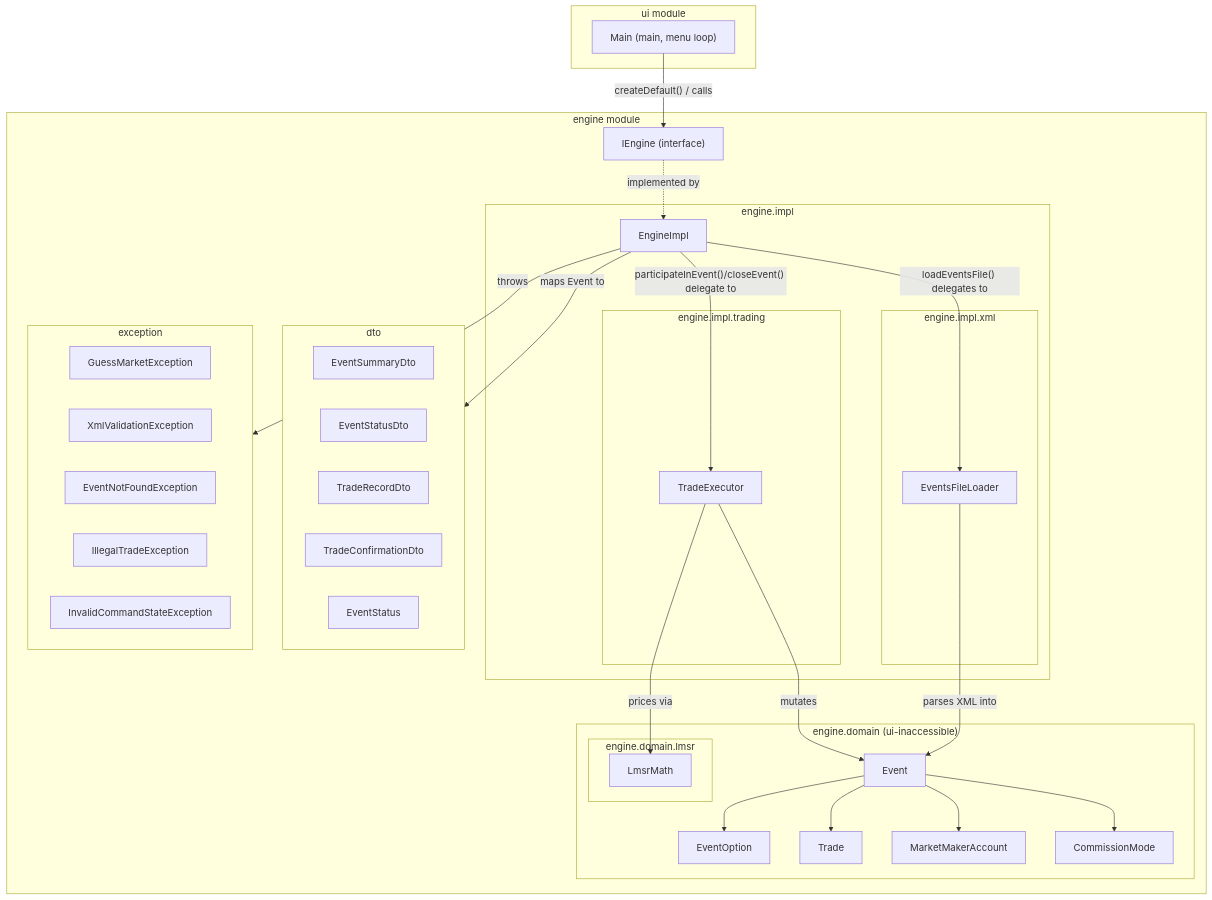
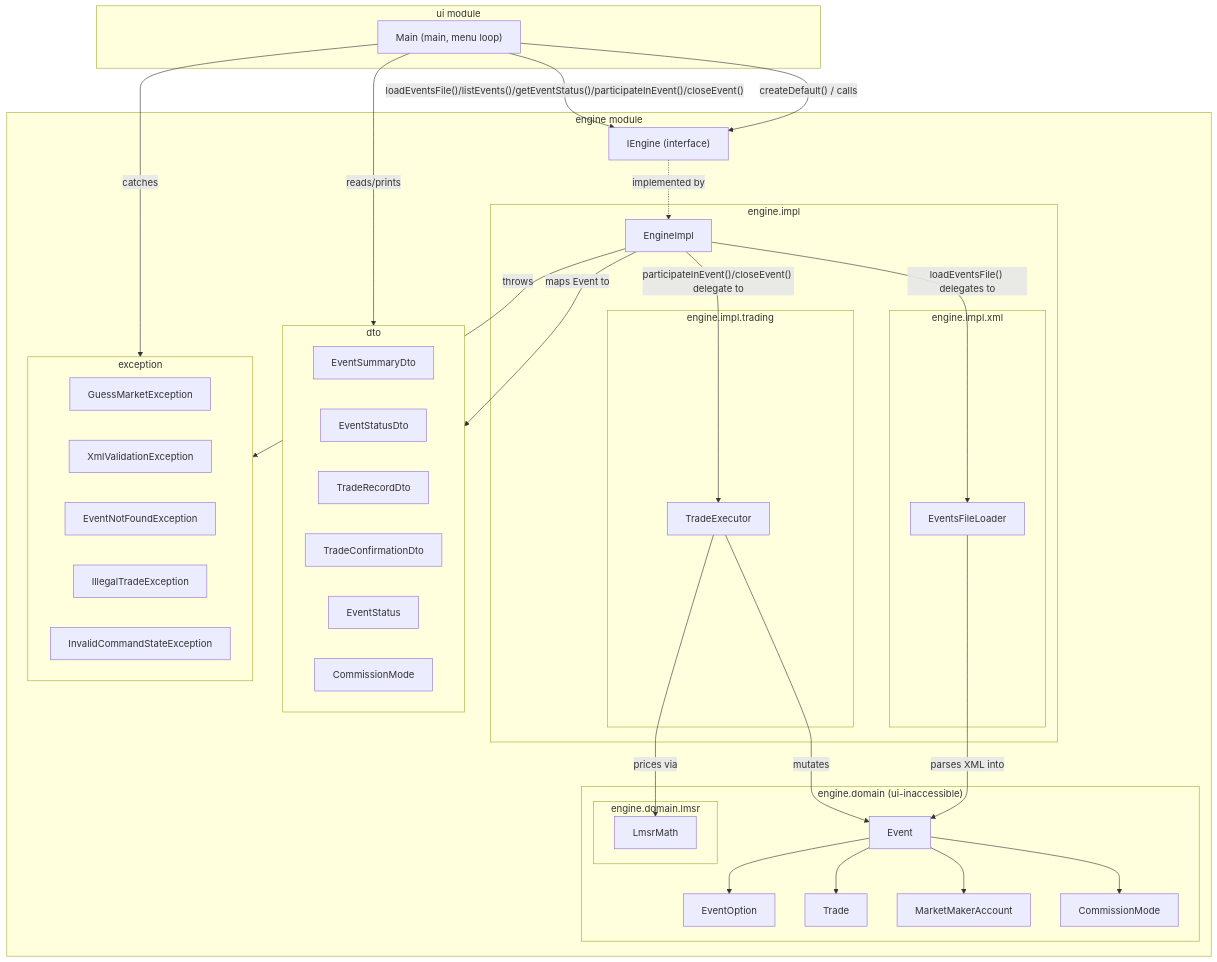
The diagram in ARCHITECTURE.md (paz-levi/GuessMarket), drawn with Mermaid before and after one commit. The commit also changed other lines of this file and 4 other files, not shown here.

````diff
--- a/ARCHITECTURE.md
+++ b/ARCHITECTURE.md
@@ -6,61 +6,65 @@
 ```mermaid
 flowchart TD
     subgraph UI["ui module"]
         Main["Main (main, menu loop)"]
     end
 
     subgraph ENGINE["engine module"]
         IEngine["IEngine (interface)"]
 
         subgraph IMPL["engine.impl"]
             EngineImpl["EngineImpl"]
             subgraph XML["engine.impl.xml"]
                 EventsFileLoader["EventsFileLoader"]
             end
             subgraph TRADING["engine.impl.trading"]
                 TradeExecutor["TradeExecutor"]
             end
         end
 
         subgraph DOMAIN["engine.domain (ui-inaccessible)"]
             Event["Event"]
             EventOption["EventOption"]
             Trade["Trade"]
             MarketMakerAccount["MarketMakerAccount"]
             CommissionMode["CommissionMode"]
             subgraph LMSR["engine.domain.lmsr"]
                 LmsrMath["LmsrMath"]
             end
         end
 
         subgraph DTO["dto"]
             EventSummaryDto["EventSummaryDto"]
             EventStatusDto["EventStatusDto"]
             TradeRecordDto["TradeRecordDto"]
             TradeConfirmationDto["TradeConfirmationDto"]
             EventStatus["EventStatus"]
+            DtoCommissionMode["CommissionMode"]
         end
 
         subgraph EXC["exception"]
             GuessMarketException["GuessMarketException"]
             XmlValidationException["XmlValidationException"]
             EventNotFoundException["EventNotFoundException"]
             IllegalTradeException["IllegalTradeException"]
             InvalidCommandStateException["InvalidCommandStateException"]
         end
     end
 
     Main -->|"createDefault() / calls"| IEngine
     IEngine -.->|"implemented by"| EngineImpl
     EngineImpl -->|"loadEventsFile() delegates to"| EventsFileLoader
     EventsFileLoader -->|"parses XML into"| Event
     Event --> EventOption
     Event --> MarketMakerAccount
     Event --> CommissionMode
     Event --> Trade
     EngineImpl -->|"participateInEvent()/closeEvent() delegate to"| TradeExecutor
     TradeExecutor -->|"prices via"| LmsrMath
     TradeExecutor -->|"mutates"| Event
     EngineImpl -->|"maps Event to"| DTO
     EngineImpl -->|"throws"| EXC
+    Main -->|"loadEventsFile()/listEvents()/getEventStatus()/participateInEvent()/closeEvent()"| IEngine
+    Main -->|"catches"| EXC
+    Main -->|"reads/prints"| DTO
 ```
````
